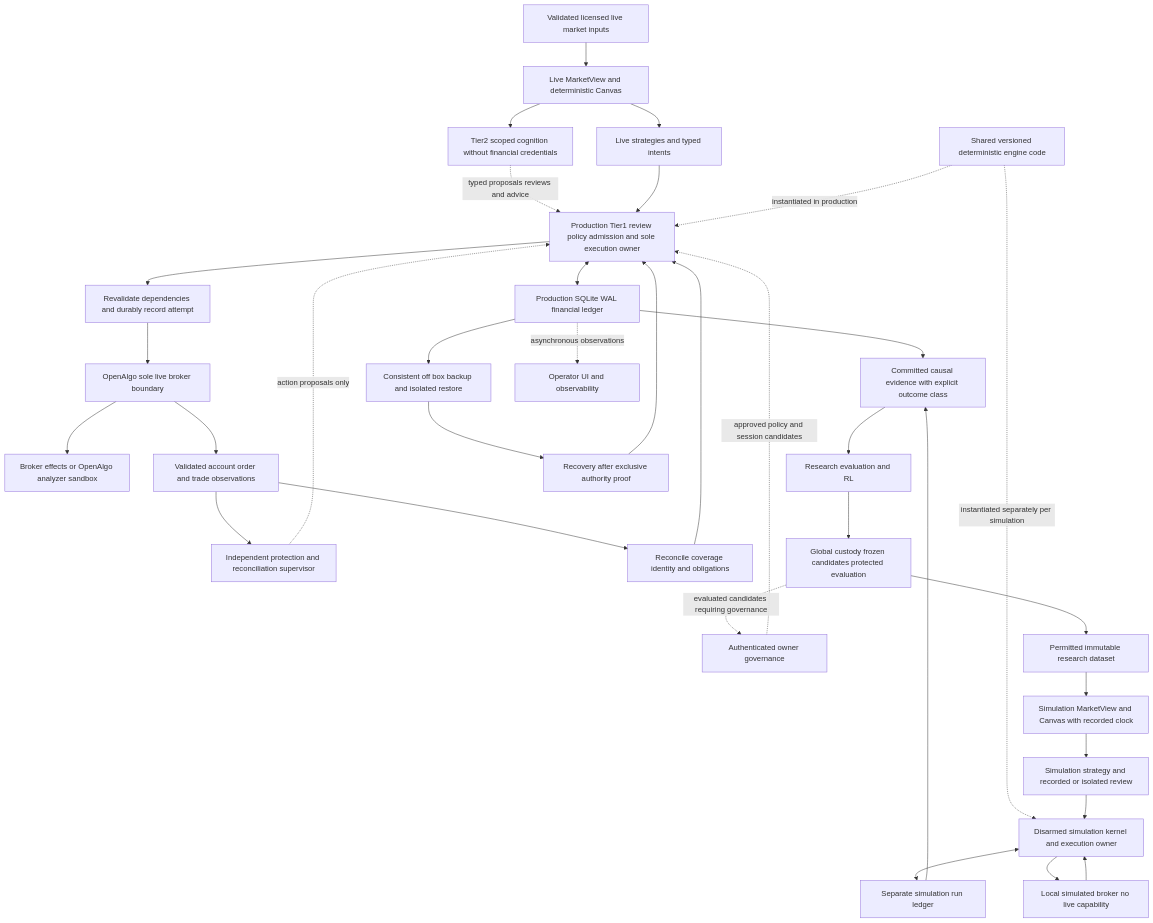
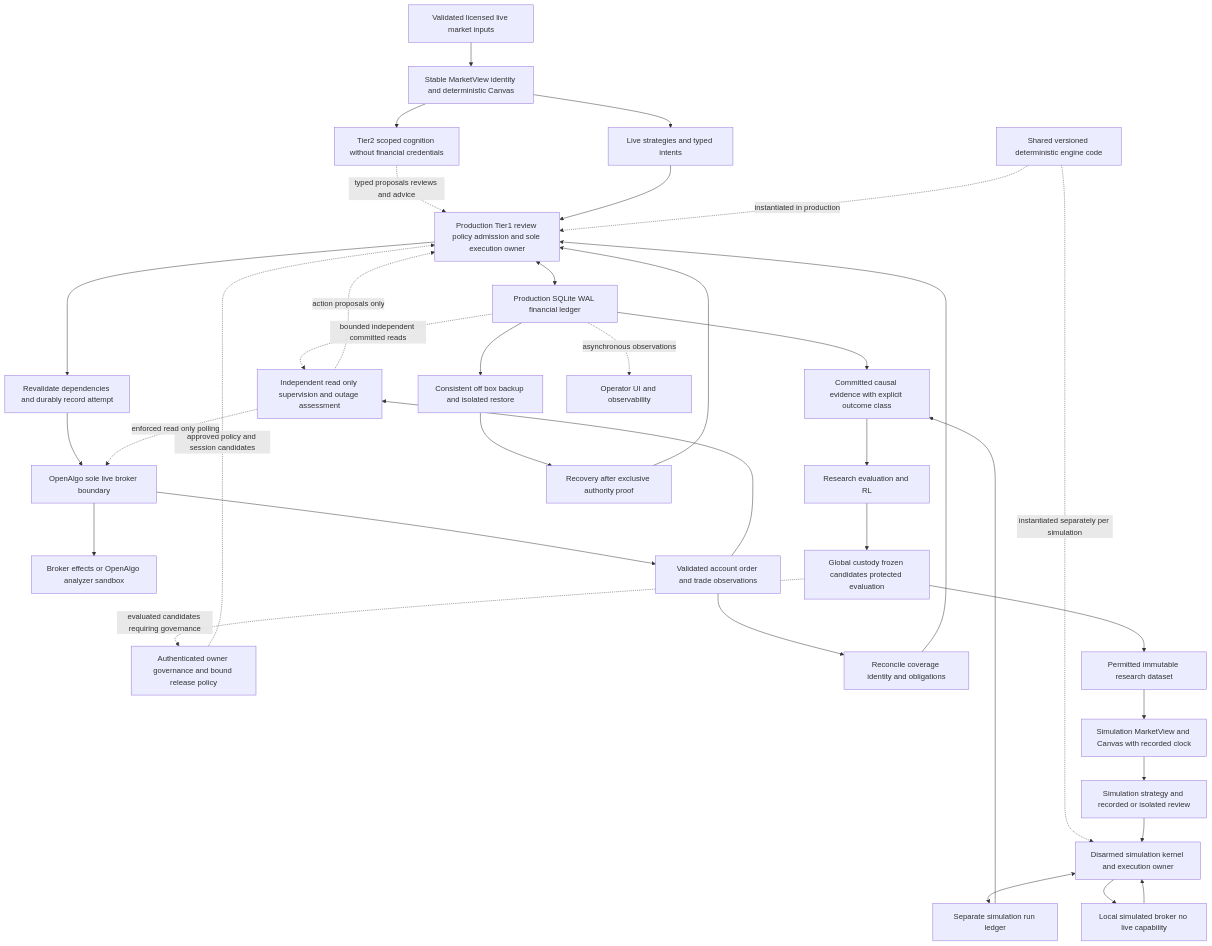
The second of 3 diagrams in README.md (manojvermamv/AutonomousTradingArchitect), drawn with Mermaid before and after one commit. The commit also changed other lines of this file and 1 other file, not shown here.

Commit message:
Record accepted A01-A03 contracts and kernel failure recovery boundaries

````diff
--- a/README.md
+++ b/README.md
@@ -317,36 +359,38 @@
 ```mermaid
 flowchart TB
-  INPUT[Validated licensed live market inputs] --> MARKET[Live MarketView and deterministic Canvas]
+  INPUT[Validated licensed live market inputs] --> MARKET[Stable MarketView identity and deterministic Canvas]
   MARKET --> DECIDE[Live strategies and typed intents]
   MARKET --> COG[Tier2 scoped cognition without financial credentials]
   COG -. typed proposals reviews and advice .-> KERNEL
   DECIDE --> KERNEL[Production Tier1 review policy admission and sole execution owner]
-  OWNER[Authenticated owner governance] -. approved policy and session candidates .-> KERNEL
+  OWNER[Authenticated owner governance and bound release policy] -. approved policy and session candidates .-> KERNEL
   KERNEL <--> LEDGER[Production SQLite WAL financial ledger]
   KERNEL --> DISPATCH[Revalidate dependencies and durably record attempt]
   DISPATCH --> OA[OpenAlgo sole live broker boundary]
   OA --> EFFECT[Broker effects or OpenAlgo analyzer sandbox]
   OA --> OBS[Validated account order and trade observations]
-  OBS --> SUP[Independent protection and reconciliation supervisor]
+  OBS --> SUP[Independent read only supervision and outage assessment]
+  LEDGER -. bounded independent committed reads .-> SUP
+  SUP -. enforced read only polling .-> OA
   OBS --> RECON[Reconcile coverage identity and obligations]
   RECON --> KERNEL
   SUP -. action proposals only .-> KERNEL
   CODE[Shared versioned deterministic engine code] -. instantiated in production .-> KERNEL
   CODE -. instantiated separately per simulation .-> SKERNEL
   DEV[Permitted immutable research dataset] --> SVIEW[Simulation MarketView and Canvas with recorded clock]
   SVIEW --> SDEC[Simulation strategy and recorded or isolated review]
   SDEC --> SKERNEL[Disarmed simulation kernel and execution owner]
   SKERNEL <--> SLEDGER[Separate simulation run ledger]
   SKERNEL --> SBROKER[Local simulated broker no live capability]
   SBROKER --> SKERNEL
   LEDGER --> EV[Committed causal evidence with explicit outcome class]
   SLEDGER --> EV
   EV --> LAB[Research evaluation and RL]
   LAB --> CUSTODY[Global custody frozen candidates protected evaluation]
   CUSTODY --> DEV
   CUSTODY -. evaluated candidates requiring governance .-> OWNER
   LEDGER --> BACKUP[Consistent off box backup and isolated restore]
   BACKUP --> REC[Recovery after exclusive authority proof]
   REC --> KERNEL
   LEDGER -. asynchronous observations .-> UI[Operator UI and observability]
 ```
````
